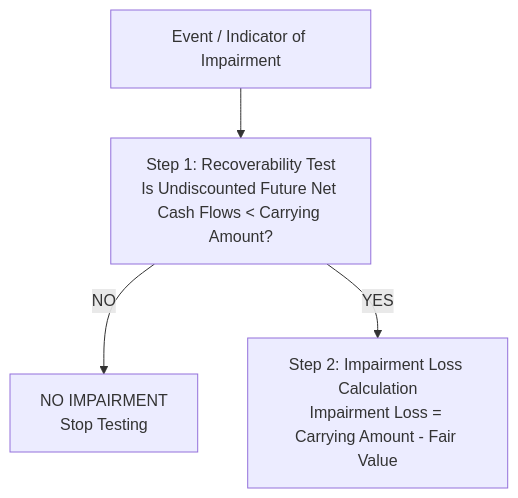
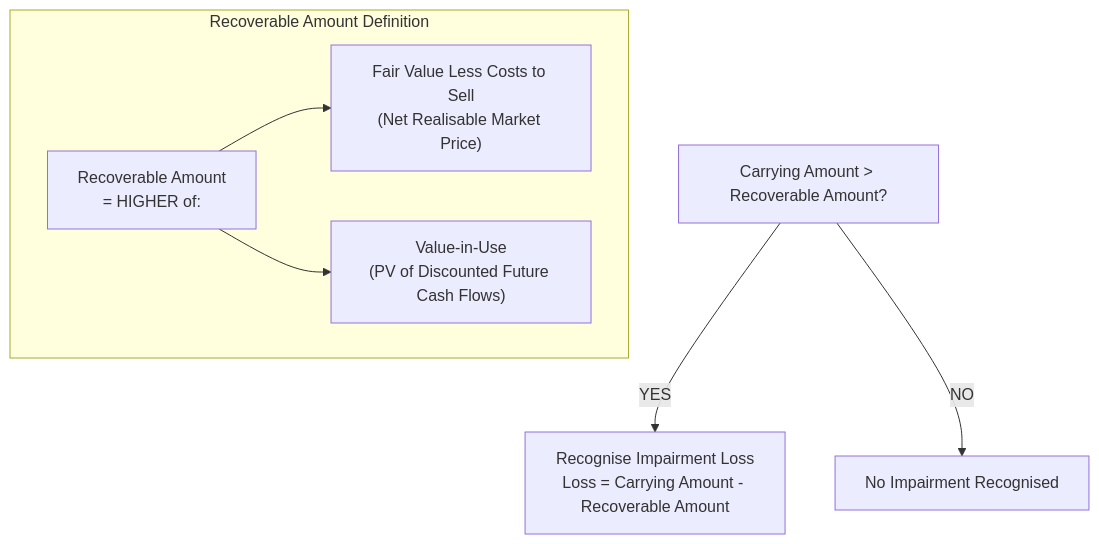
Before and after one commit to Soohaeib/shared-obsidian-notes: the fourth of 4 diagrams in note-res/ai-comprehension/acc-301-intermediate-accounting/phase-2/acc-301-notes-step-7.md, drawn with Mermaid. The commit also changed other lines of this file and 12 other files, not shown here.

````diff
--- a/note-res/ai-comprehension/acc-301-intermediate-accounting/phase-2/acc-301-notes-step-7.md
+++ b/note-res/ai-comprehension/acc-301-intermediate-accounting/phase-2/acc-301-notes-step-7.md
@@ -423,6 +198,11 @@
 ```mermaid
 flowchart TD
-    A[Event / Indicator of Impairment] --> B[Step 1: Recoverability Test\nIs Undiscounted Future Net Cash Flows < Carrying Amount?]
-    B -->|NO| C[NO IMPAIRMENT\nStop Testing]
-    B -->|YES| D[Step 2: Impairment Loss Calculation\nImpairment Loss = Carrying Amount - Fair Value]
+    Start["Carrying Amount > Recoverable Amount?"] -->|YES| Impairment["Recognise Impairment Loss\nLoss = Carrying Amount - Recoverable Amount"]
+    Start -->|NO| NoLoss["No Impairment Recognised"]
+    
+    subgraph Recoverable Amount Definition
+        RA["Recoverable Amount\n= HIGHER of:"]
+        RA --> FVLCS["Fair Value Less Costs to Sell\n(Net Realisable Market Price)"]
+        RA --> VIU["Value-in-Use\n(PV of Discounted Future Cash Flows)"]
+    end
 ```
````
